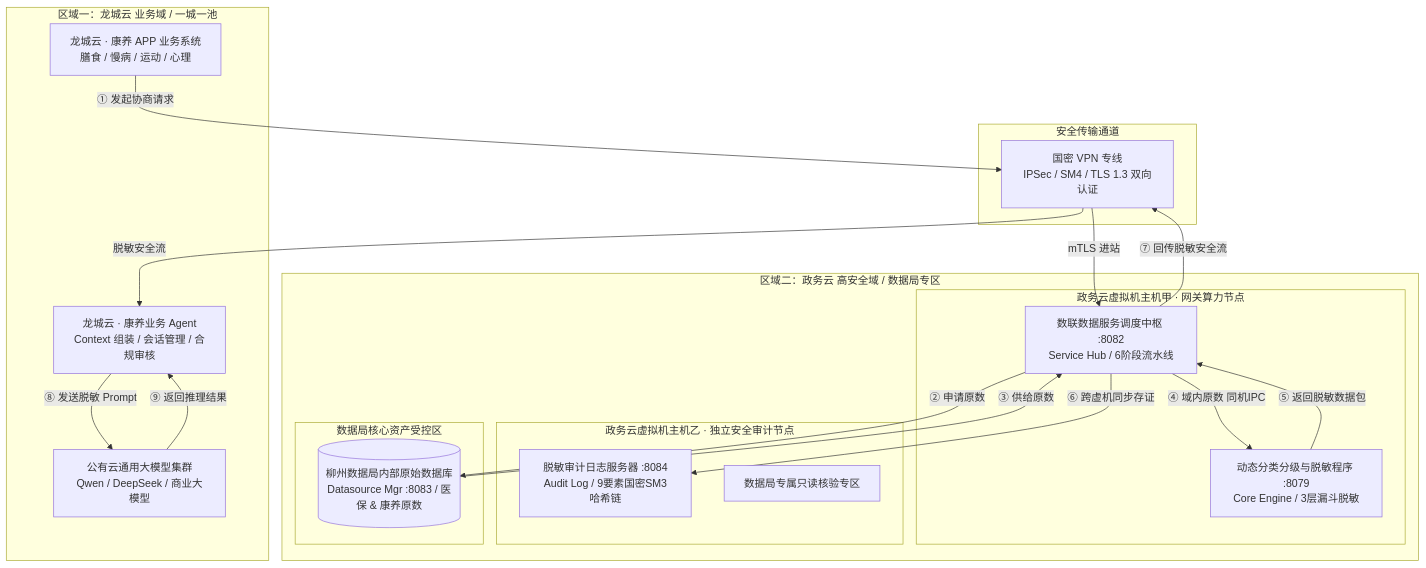
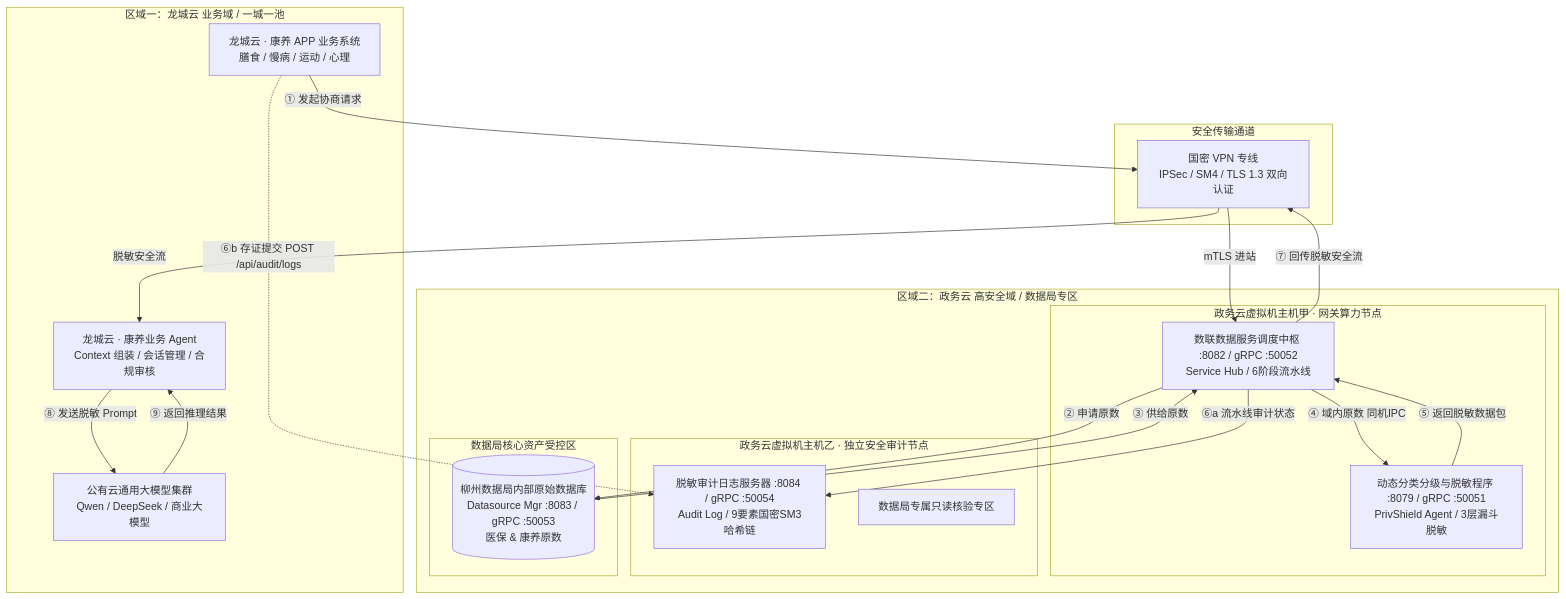
Before and after one commit to fengzhizi319/PrivShield-go: the first of 5 diagrams in docs/architecture/liuzhou_govcloud_data_security_architecture.md, drawn with Mermaid. The commit also changed other lines of this file and 215 other files, not shown here.

First line of the commit message:
refactor: converge console/services onto pkg public APIs and complete observability/gateway/audit-log fixes

````diff
--- a/docs/architecture/liuzhou_govcloud_data_security_architecture.md
+++ b/docs/architecture/liuzhou_govcloud_data_security_architecture.md
@@ -100,40 +123,41 @@
 ```mermaid
 graph TD
     subgraph ZoneA [区域一：龙城云 业务域 / 一城一池]
         AppLZ[龙城云 · 康养 APP 业务系统<br/>膳食 / 慢病 / 运动 / 心理]
         AgentLZ[龙城云 · 康养业务 Agent<br/>Context 组装 / 会话管理 / 合规审核]
         ExtLLM[公有云通用大模型集群<br/>Qwen / DeepSeek / 商业大模型]
     end
 
     subgraph ZoneVPN [安全传输通道]
         VPN[国密 VPN 专线<br/>IPSec / SM4 / TLS 1.3 双向认证]
     end
 
     subgraph ZoneB [区域二：政务云 高安全域 / 数据局专区]
         subgraph Server1 [政务云虚拟机主机甲 · 网关算力节点]
-            Hub[数联数据服务调度中枢 :8082<br/>Service Hub / 6阶段流水线]
-            Engine[动态分类分级与脱敏程序 :8079<br/>Core Engine / 3层漏斗脱敏]
+            Hub[数联数据服务调度中枢 :8082 / gRPC :50052<br/>Service Hub / 6阶段流水线]
+            Engine[动态分类分级与脱敏程序 :8079 / gRPC :50051<br/>PrivShield Agent / 3层漏斗脱敏]
         end
 
         subgraph Server2 [政务云虚拟机主机乙 · 独立安全审计节点]
-            Audit[脱敏审计日志服务器 :8084<br/>Audit Log / 9要素国密SM3哈希链]
+            Audit[脱敏审计日志服务器 :8084 / gRPC :50054<br/>Audit Log / 9要素国密SM3哈希链]
             AuditUI[数据局专属只读核验专区]
         end
 
         subgraph BureauDB [数据局核心资产受控区]
-            DB[(柳州数据局内部原始数据库<br/>Datasource Mgr :8083 / 医保 & 康养原数)]
+            DB[(柳州数据局内部原始数据库<br/>Datasource Mgr :8083 / gRPC :50053<br/>医保 & 康养原数)]
         end
     end
 
     AppLZ -->|① 发起协商请求| VPN
     VPN -->|mTLS 进站| Hub
     Hub -->|② 申请原数| DB
     DB -->|③ 供给原数| Hub
     Hub -->|④ 域内原数 同机IPC| Engine
     Engine -->|⑤ 返回脱敏数据包| Hub
-    Hub -->|⑥ 跨虚机同步存证| Audit
+    Hub -->|⑥a 流水线审计状态| Audit
+    AppLZ -.->|⑥b 存证提交 POST /api/audit/logs| Audit
     Hub -->|⑦ 回传脱敏安全流| VPN
     VPN -->|脱敏安全流| AgentLZ
     AgentLZ -->|⑧ 发送脱敏 Prompt| ExtLLM
     ExtLLM -->|⑨ 返回推理结果| AgentLZ
 ```
````
